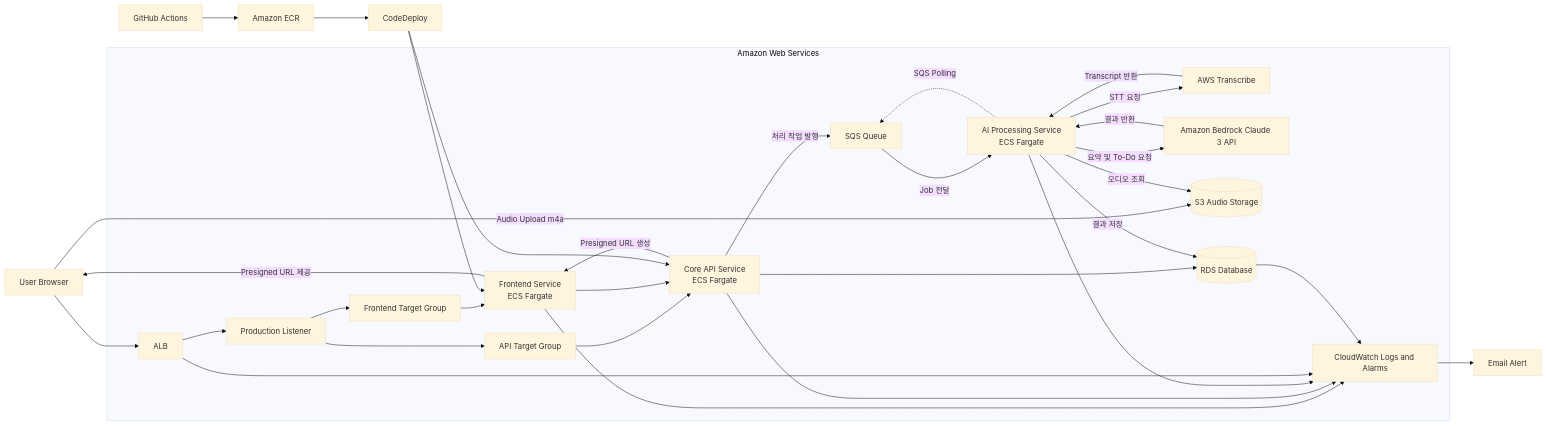
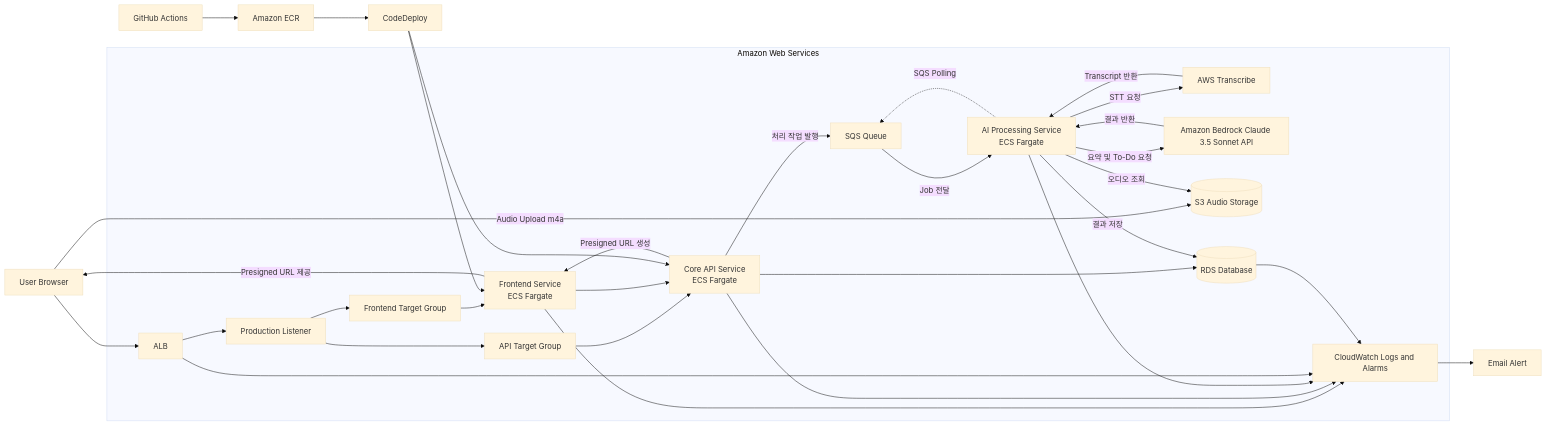
Before and after one commit to Project-AWS-AI-Minutes/AI-Minutes: the diagram in COMMON/system-flowchart.md, drawn with Mermaid (base theme). The commit also changed other lines of this file and 15 other files, not shown here.

````diff
--- a/COMMON/system-flowchart.md
+++ b/COMMON/system-flowchart.md
@@ -10,63 +10,63 @@
 ```mermaid
 flowchart LR
     U[User Browser];
 
     subgraph AWS[Amazon Web Services]
         ALB[ALB];
         L[Production Listener];
         TG_FE[Frontend Target Group];
         TG_API[API Target Group];
 
         FE[Frontend Service<br/>ECS Fargate];
         API[Core API Service<br/>ECS Fargate];
         Q[SQS Queue];
         AI[AI Processing Service<br/>ECS Fargate];
         TRANS[AWS Transcribe];
-        BEDROCK["Amazon Bedrock Claude 3 API"];
+        BEDROCK["Amazon Bedrock Claude 3.5 Sonnet API"];
 
         S3[(S3 Audio Storage)];
         RDS[(RDS Database)];
         CW[CloudWatch Logs and Alarms];
     end
 
     EMAIL[Email Alert];
     GHA[GitHub Actions];
     ECR[Amazon ECR];
     CD[CodeDeploy];
 
     U --> ALB;
     ALB --> L;
     L --> TG_FE;
     L --> TG_API;
     TG_FE --> FE;
     TG_API --> API;
 
     FE --> API;
     API -->|Presigned URL 생성| FE;
     FE -->|Presigned URL 제공| U;
     U -->|Audio Upload m4a| S3;
 
     API --> RDS;
     API -->|처리 작업 발행| Q;
     AI -. SQS Polling .-> Q;
     Q -->|Job 전달| AI;
 
     AI -->|오디오 조회| S3;
     AI -->|STT 요청| TRANS;
     TRANS -->|Transcript 반환| AI;
     AI -->|요약 및 To-Do 요청| BEDROCK;
     BEDROCK -->|결과 반환| AI;
     AI -->|결과 저장| RDS;
 
     FE --> CW;
     API --> CW;
     AI --> CW;
     ALB --> CW;
     RDS --> CW;
     CW --> EMAIL;
 
     GHA --> ECR;
     ECR --> CD;
     CD --> FE;
     CD --> API;
 ```
````
